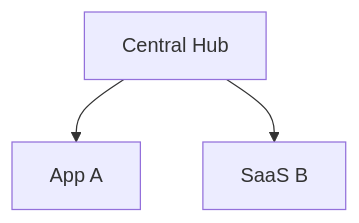
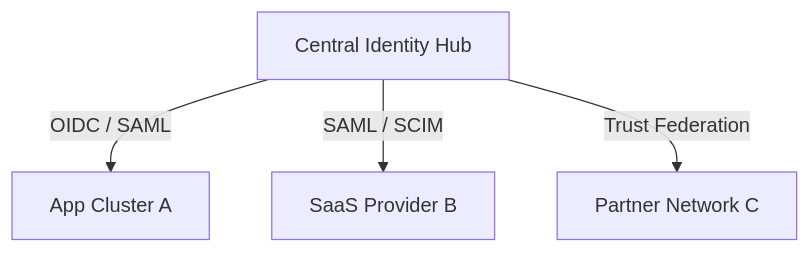
Before and after one commit to Devopstrio/identity-landingzone: the fourth of 30 diagrams in README.md, drawn with Mermaid. The commit also changed other lines of this file, not shown here.

Commit message:
docs: finalize premium institutional-grade README with 30+ diagrams and executive summary

````diff
--- a/README.md
+++ b/README.md
@@ -54,5 +127,11 @@
 ```mermaid
 graph TD
-    Hub[Central Hub] --> S1[App A]
-    Hub --> S2[SaaS B]
+    Hub[Central Identity Hub]
+    Spoke1[App Cluster A]
+    Spoke2[SaaS Provider B]
+    Spoke3[Partner Network C]
+    
+    Hub -- "OIDC / SAML" --> Spoke1
+    Hub -- "SAML / SCIM" --> Spoke2
+    Hub -- "Trust Federation" --> Spoke3
 ```
````
